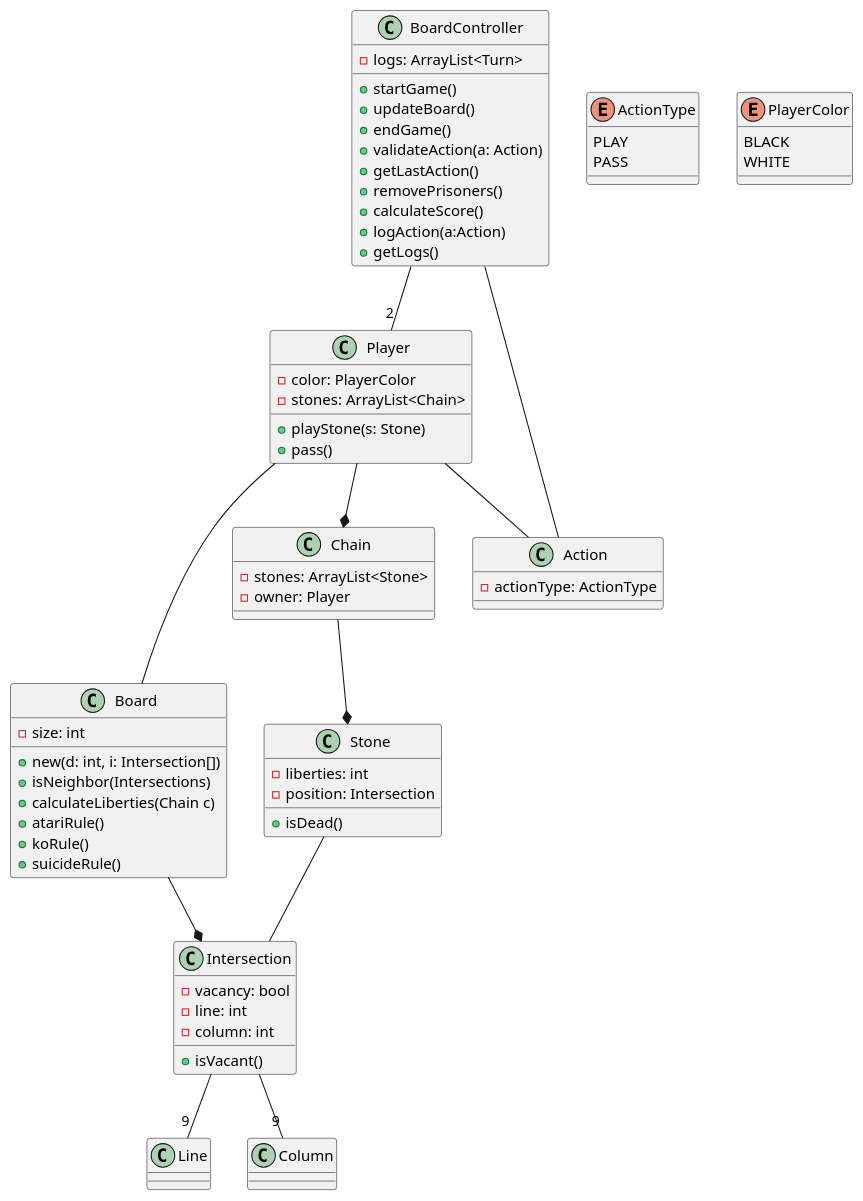
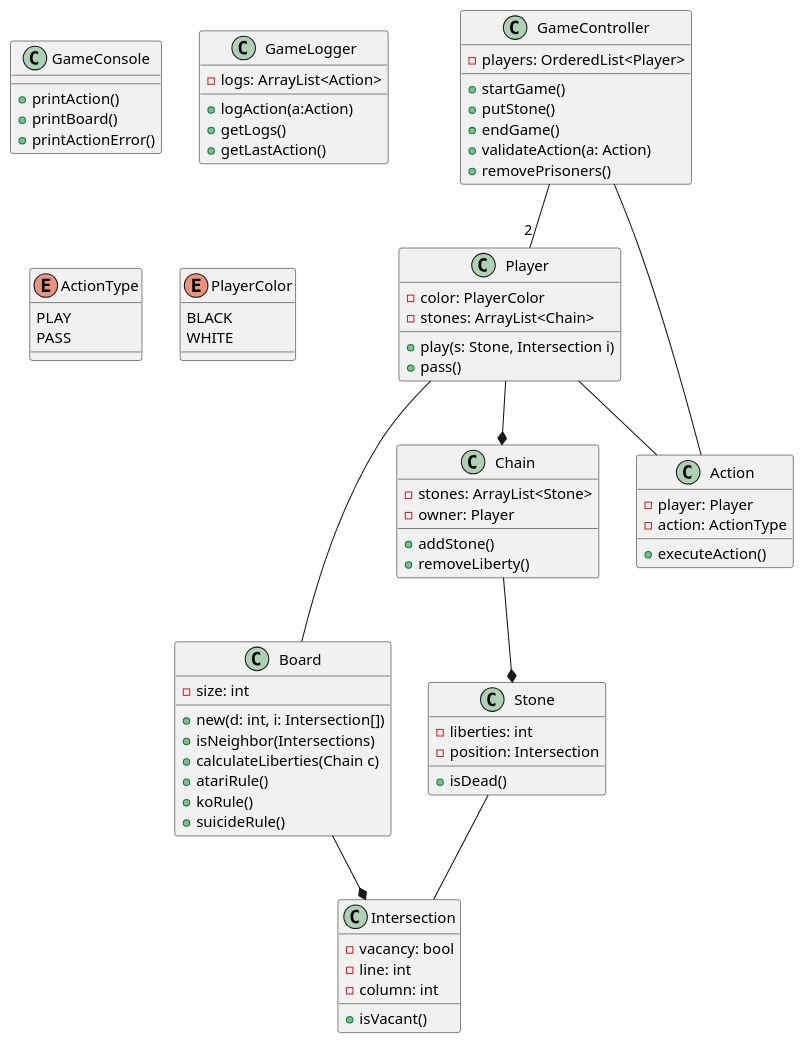
The diagram in conception/jk/Croquis.puml (pierrelucueisd/compteurpoints-jeu-go-java), drawn with PlantUML before and after one commit.

Commit message:
gameconsol, controller and logger

```diff
--- a/conception/jk/Croquis.puml
+++ b/conception/jk/Croquis.puml
@@ -1,79 +1,90 @@
 @startuml
 
 class Player{
 - color: PlayerColor
 - stones: ArrayList<Chain>
-+ playStone(s: Stone)
++ play(s: Stone, Intersection i)
 + pass()
 }
+
 class Board{
 - size: int
 + new(d: int, i: Intersection[])
 + isNeighbor(Intersections)
 + calculateLiberties(Chain c)
 + atariRule()
 + koRule()
 + suicideRule()
 }
 
-class BoardController{
-- logs: ArrayList<Turn>
+class GameConsole{
++ printAction()
++ printBoard()
++ printActionError()
+}
+
+class GameLogger{
+- logs: ArrayList<Action>
++ logAction(a:Action)
++ getLogs()
++ getLastAction()
+}
+
+class GameController{
+- players: OrderedList<Player>
 + startGame()
-+ updateBoard()
++ putStone()
 + endGame()
 + validateAction(a: Action)
-+ getLastAction()
 + removePrisoners()
-+ calculateScore()
-+ logAction(a:Action)
-+ getLogs()
-
 }
 
 class Action{
-- actionType: ActionType
+- player: Player
+- action: ActionType
++ executeAction()
 }
 
 class Chain{
 - stones: ArrayList<Stone>
 - owner: Player
++ addStone()
++ removeLiberty()
 }
 
 class Stone{
 - liberties: int
 - position: Intersection
 + isDead()
+
 }
 
 class Intersection{
 - vacancy: bool
 - line: int
 - column: int
 + isVacant()
 }
 
 enum ActionType{
 PLAY
 PASS
 }
 
 enum PlayerColor{
 BLACK
 WHITE
 }
 
 
-
-
 Board --* Intersection
 Stone -- Intersection
 Player -- Board
 Chain --* Stone
 Player --* Chain
-BoardController -- Action
-BoardController --"2" Player
+GameController -- Action
+GameController --"2" Player
 Player -- Action
-Intersection --"9" Line
-Intersection --"9" Column
+
 
 @enduml
```
